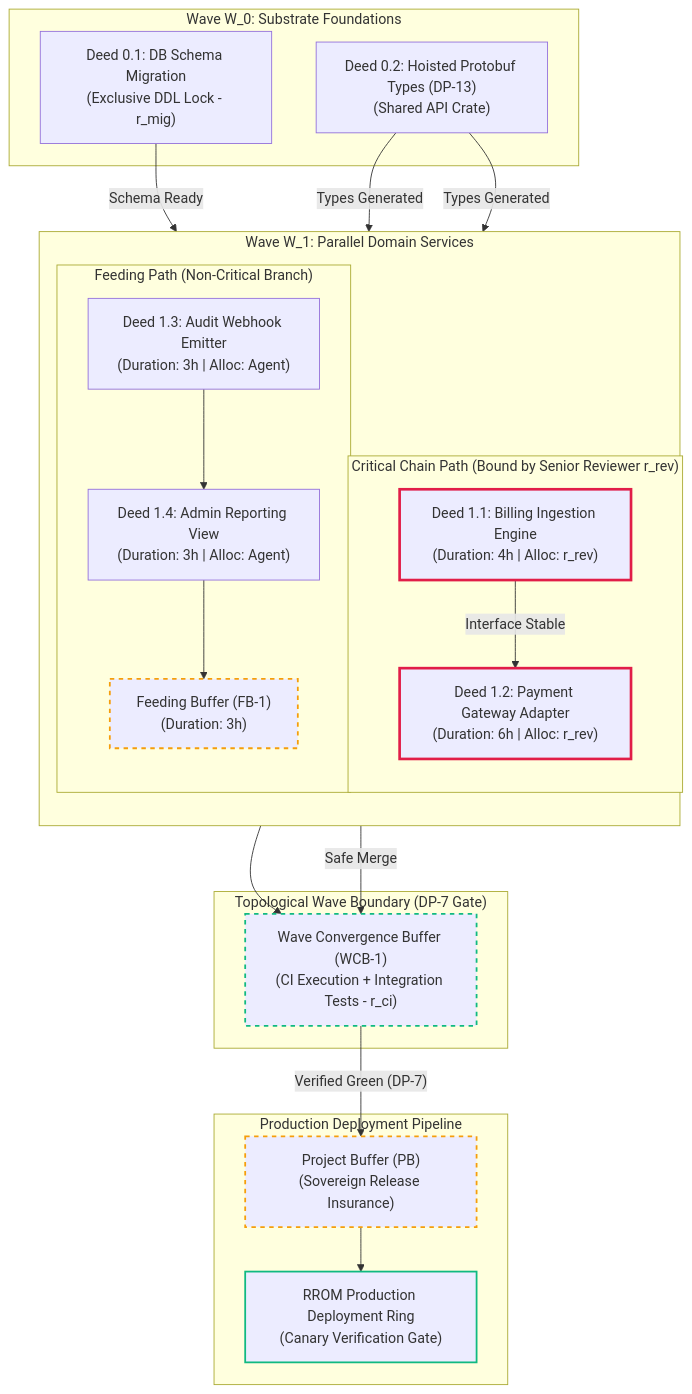
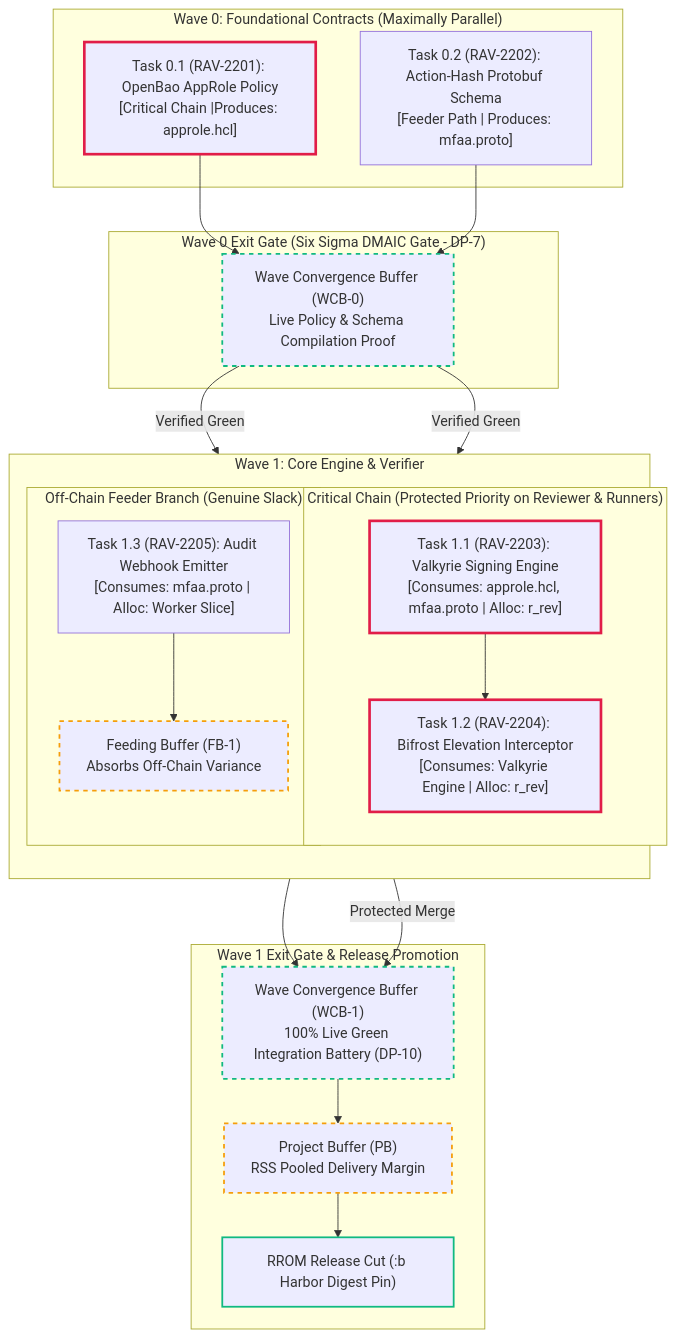
The diagram in docs/chapters/08-the-dependency-dag-and-critical-chain.md (nwalker85/rdom-method), drawn with Mermaid before and after one commit. The commit also changed other lines of this file and 29 other files, not shown here.

````diff
--- a/docs/chapters/08-the-dependency-dag-and-critical-chain.md
+++ b/docs/chapters/08-the-dependency-dag-and-critical-chain.md
@@ -73,47 +93,47 @@
 ```mermaid
 flowchart TD
-    subgraph W0["Wave W_0: Substrate Foundations"]
-        V1["Deed 0.1: DB Schema Migration\n(Exclusive DDL Lock - r_mig)"]
-        V2["Deed 0.2: Hoisted Protobuf Types (DP-13)\n(Shared API Crate)"]
+    subgraph W0["Wave 0: Foundational Contracts (Maximally Parallel)"]
+        V1["Task 0.1 (RAV-2201): OpenBao AppRole Policy\n[Critical Chain |Produces: approle.hcl]"]
+        V2["Task 0.2 (RAV-2202): Action-Hash Protobuf Schema\n[Feeder Path | Produces: mfaa.proto]"]
     end
 
-    subgraph W1["Wave W_1: Parallel Domain Services"]
+    subgraph WCB0["Wave 0 Exit Gate (Six Sigma DMAIC Gate - DP-7)"]
+        G0["Wave Convergence Buffer (WCB-0)\nLive Policy & Schema Compilation Proof"]
+    end
+
+    subgraph W1["Wave 1: Core Engine & Verifier"]
         direction TB
-        subgraph PATH_CRIT["Critical Chain Path (Bound by Senior Reviewer r_rev)"]
-            V3["Deed 1.1: Billing Ingestion Engine\n(Duration: 4h | Alloc: r_rev)"]
-            V4["Deed 1.2: Payment Gateway Adapter\n(Duration: 6h | Alloc: r_rev)"]
+        subgraph CRIT_PATH["Critical Chain (Protected Priority on Reviewer & Runners)"]
+            V3["Task 1.1 (RAV-2203): Valkyrie Signing Engine\n[Consumes: approle.hcl, mfaa.proto | Alloc: r_rev]"]
+            V4["Task 1.2 (RAV-2204): Bifrost Elevation Interceptor\n[Consumes: Valkyrie Engine | Alloc: r_rev]"]
         end
-        subgraph PATH_FEED["Feeding Path (Non-Critical Branch)"]
-            V5["Deed 1.3: Audit Webhook Emitter\n(Duration: 3h | Alloc: Agent)"]
-            V6["Deed 1.4: Admin Reporting View\n(Duration: 3h | Alloc: Agent)"]
-            FB1["Feeding Buffer (FB-1)\n(Duration: 3h)"]
+        subgraph FEED_PATH["Off-Chain Feeder Branch (Genuine Slack)"]
+            V5["Task 1.3 (RAV-2205): Audit Webhook Emitter\n[Consumes: mfaa.proto | Alloc: Worker Slice]"]
+            FB1["Feeding Buffer (FB-1)\nAbsorbs Off-Chain Variance"]
         end
     end
 
-    subgraph CONV["Topological Wave Boundary (DP-7 Gate)"]
-        WCB["Wave Convergence Buffer (WCB-1)\n(CI Execution + Integration Tests - r_ci)"]
+    subgraph WCB1["Wave 1 Exit Gate & Release Promotion"]
+        G1["Wave Convergence Buffer (WCB-1)\n100% Live Green Integration Battery (DP-10)"]
+        PB["Project Buffer (PB)\nRSS Pooled Delivery Margin"]
+        RROM["RROM Release Cut (:b<N> Harbor Digest Pin)"]
     end
 
-    subgraph DEPLOY["Production Deployment Pipeline"]
-        PB["Project Buffer (PB)\n(Sovereign Release Insurance)"]
-        PROD["RROM Production Deployment Ring\n(Canary Verification Gate)"]
-    end
-
-    V1 -->|"Schema Ready"| V3
-    V2 -->|"Types Generated"| V3
-    V2 -->|"Types Generated"| V5
-    V3 -->|"Interface Stable"| V4
-    V5 --> V6
-    V6 --> FB1
-    V4 --> WCB
-    FB1 -->|"Safe Merge"| WCB
-    WCB -->|"Verified Green (DP-7)"| PB
-    PB --> PROD
+    V1 --> G0
+    V2 --> G0
+    G0 -->|"Verified Green"| V3
+    G0 -->|"Verified Green"| V5
+    V3 --> V4
+    V5 --> FB1
+    V4 --> G1
+    FB1 -->|"Protected Merge"| G1
+    G1 --> PB
+    PB --> RROM
 
     classDef crit stroke:#e11d48,stroke-width:3px;
     classDef buffer stroke:#f59e0b,stroke-width:2px,stroke-dasharray: 5 5;
     classDef gate stroke:#10b981,stroke-width:2px;
-    class V3,V4 crit;
-    class FB1,WCB,PB buffer;
-    class WCB,PROD gate;
+    class V1,V3,V4 crit;
+    class FB1,G0,G1,PB buffer;
+    class G0,G1,RROM gate;
 ```
````
